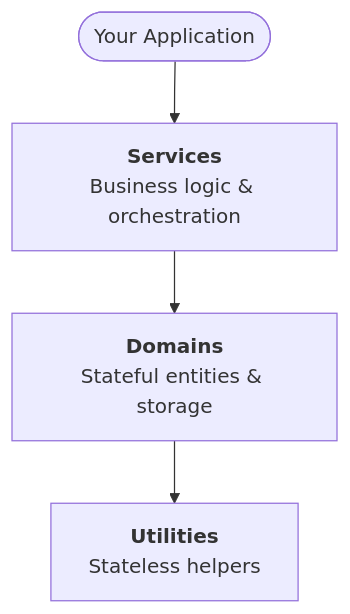
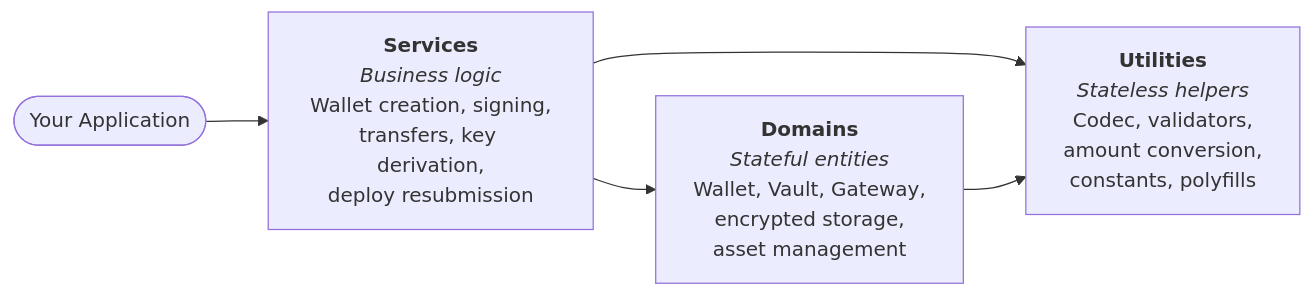
The second of 6 diagrams in wallet-sdk/overview/index.md (asi-alliance/asi-chain-docs-portal), drawn with Mermaid before and after one commit. The commit also changed other lines of this file, not shown here.

Commit message:
[AS-571] Add 6 mermaid diagram variations for review

````diff
--- a/wallet-sdk/overview/index.md
+++ b/wallet-sdk/overview/index.md
@@ -88,7 +100,8 @@
 ```mermaid
-graph TB
+graph LR
     A(["Your Application"])
-    A --> S["<b>Services</b><br/>Business logic &amp; orchestration"]
-    S --> D["<b>Domains</b><br/>Stateful entities &amp; storage"]
-    D --> U["<b>Utilities</b><br/>Stateless helpers"]
+    A --> S["<b>Services</b><br/><i>Business logic</i><br/>Wallet creation, signing,<br/>transfers, key derivation,<br/>deploy resubmission"]
+    S --> D["<b>Domains</b><br/><i>Stateful entities</i><br/>Wallet, Vault, Gateway,<br/>encrypted storage,<br/>asset management"]
+    S --> U["<b>Utilities</b><br/><i>Stateless helpers</i><br/>Codec, validators,<br/>amount conversion,<br/>constants, polyfills"]
+    D --> U
 ```
````
